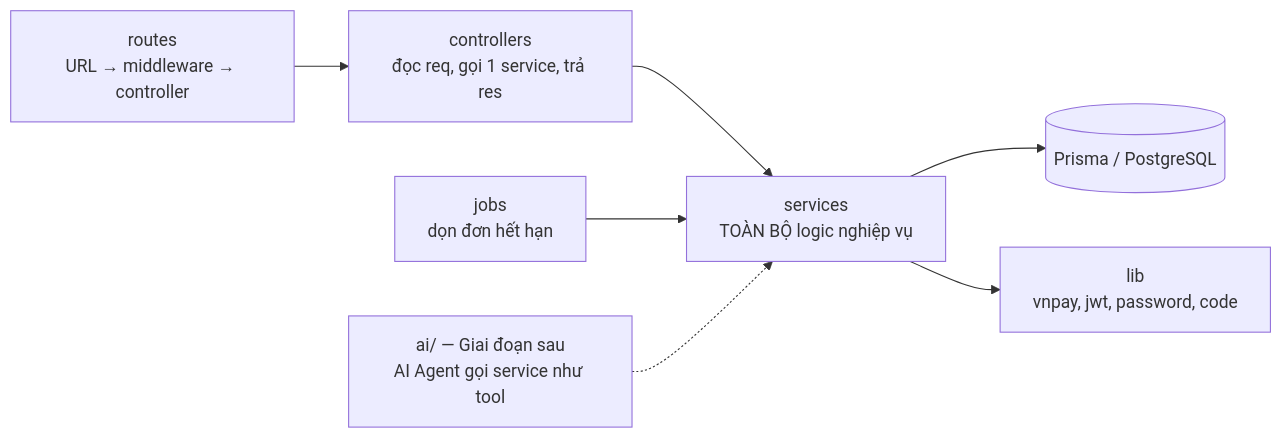
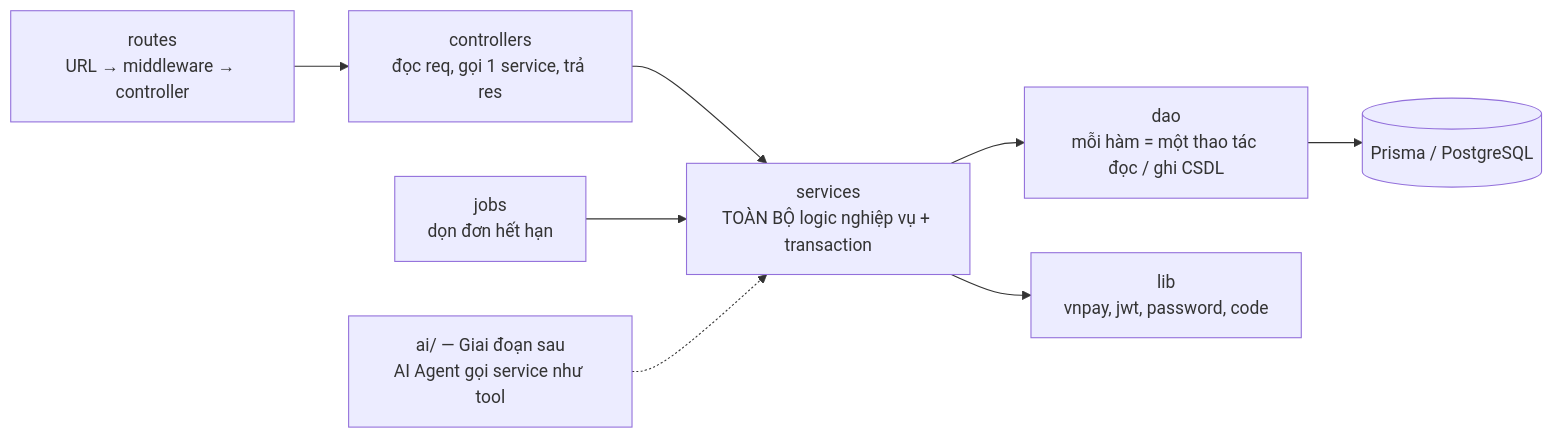
Before and after one commit to khuongkhuongkhuong/Cinemind: the diagram in docs/04-api-contract.md, drawn with Mermaid. The commit also changed other lines of this file and 1 other file, not shown here.

First line of the commit message:
docs: thêm tầng DAO vào kiến trúc server (docs/04 v1.23, CLAUDE.md)

````diff
--- a/docs/04-api-contract.md
+++ b/docs/04-api-contract.md
@@ -476,9 +476,10 @@
 ```mermaid
 flowchart LR
     R[routes<br/>URL → middleware → controller] --> C[controllers<br/>đọc req, gọi 1 service, trả res]
-    C --> S[services<br/>TOÀN BỘ logic nghiệp vụ]
-    S --> P[(Prisma / PostgreSQL)]
+    C --> S[services<br/>TOÀN BỘ logic nghiệp vụ + transaction]
+    S --> D[dao<br/>mỗi hàm = một thao tác đọc / ghi CSDL]
+    D --> P[(Prisma / PostgreSQL)]
     S --> L[lib<br/>vnpay, jwt, password, code]
     J[jobs<br/>dọn đơn hết hạn] --> S
     AI[ai/ — Giai đoạn sau<br/>AI Agent gọi service như tool] -.-> S
 ```
````
